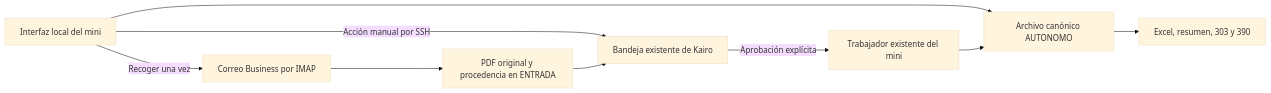
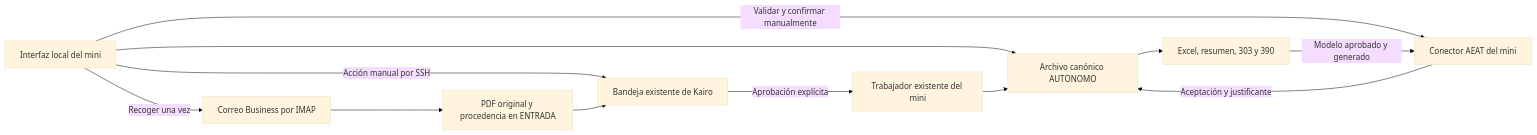
One commit to avi-work-projects/horas-excelia changed the diagram in docs/DESKTOP-ACCOUNTING.md. Above: the diagram before and after it, drawn with Mermaid (base theme). The commit also changed other lines of this file and 25 other files, not shown here.

````diff
--- a/docs/DESKTOP-ACCOUNTING.md
+++ b/docs/DESKTOP-ACCOUNTING.md
@@ -50,11 +53,14 @@
 ```mermaid
 flowchart LR
   D[Interfaz local del mini] --> A[Archivo canónico AUTONOMO]
   D -->|Acción manual por SSH| Q[Bandeja existente de Kairo]
   D -->|Recoger una vez| M[Correo Business por IMAP]
   M --> P[PDF original y procedencia en ENTRADA]
   P --> Q
   Q -->|Aprobación explícita| W[Trabajador existente del mini]
   W --> A
   A --> E[Excel, resumen, 303 y 390]
+  D -->|Validar y confirmar manualmente| H[Conector AEAT del mini]
+  E -->|Modelo aprobado y generado| H
+  H -->|Aceptación y justificante| A
 ```
````
